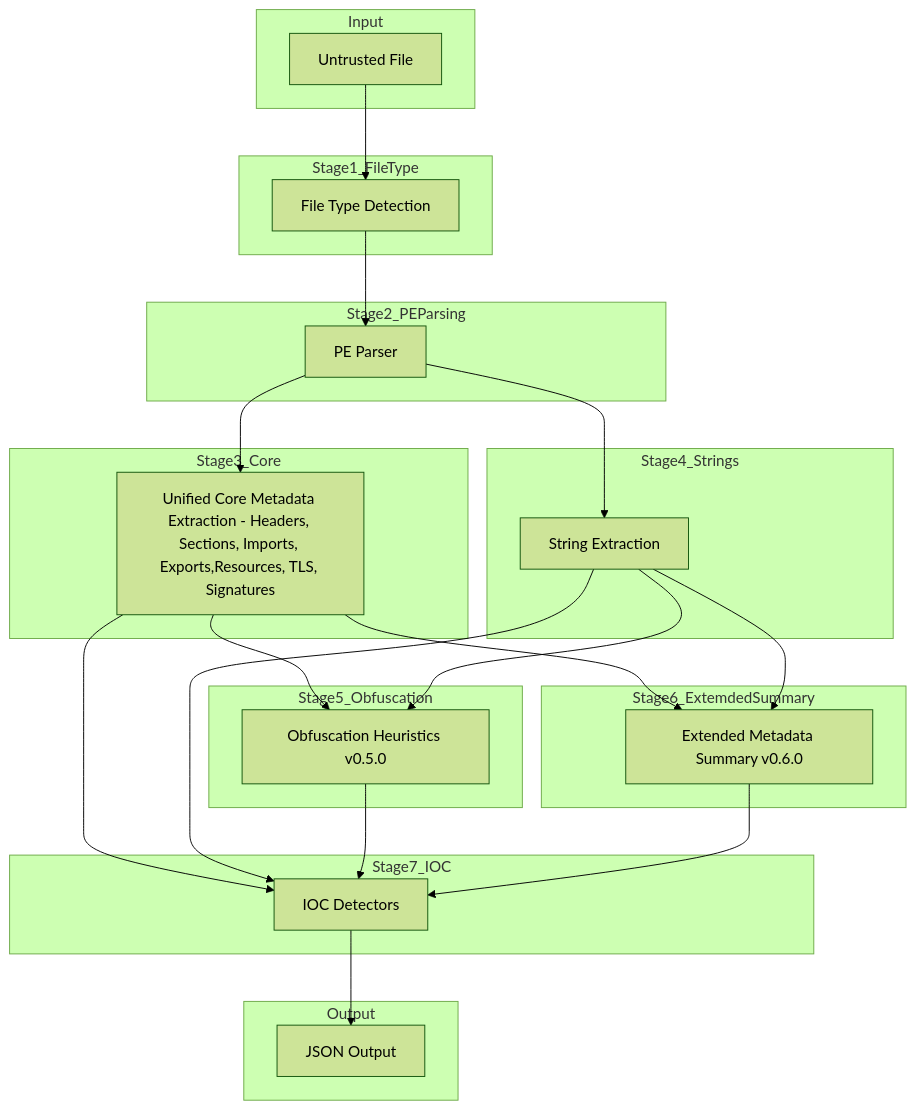
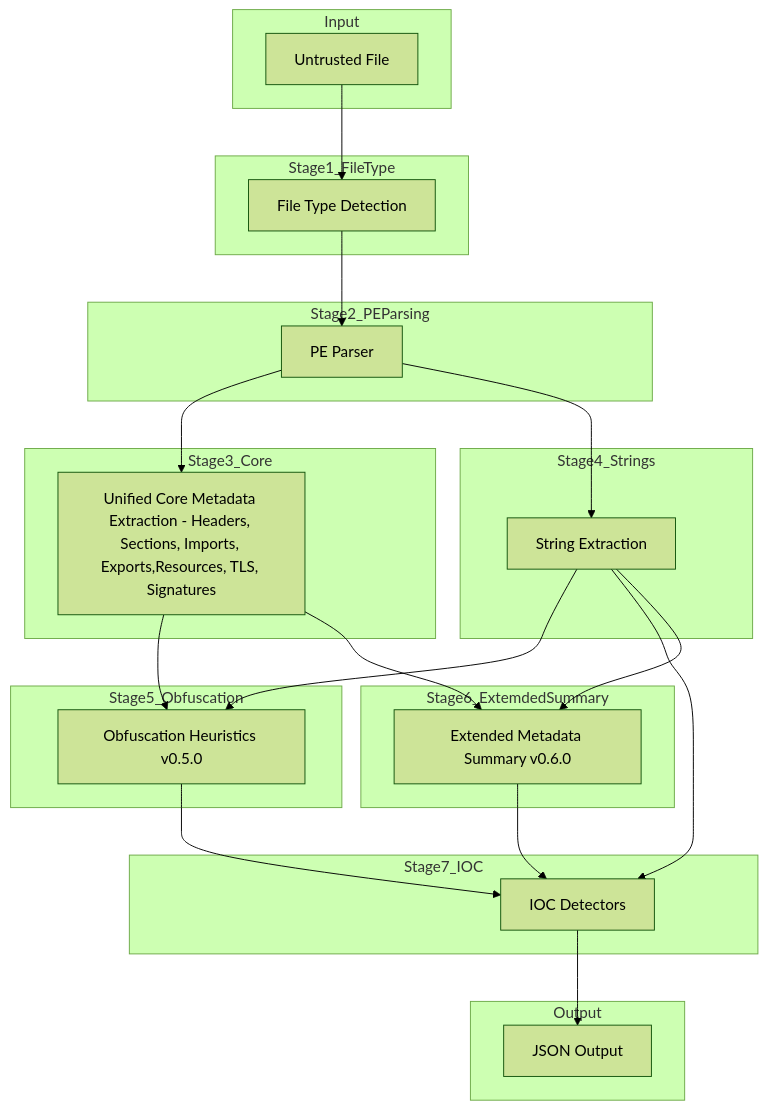
Before and after one commit to iocx-dev/iocx: the diagram in docs/pe-pipeline.md, drawn with Mermaid (forest theme).

Commit message:
Core metadata remove det

````diff
--- a/docs/pe-pipeline.md
+++ b/docs/pe-pipeline.md
@@ -33,58 +33,57 @@
 ```mermaid
 flowchart TD
 
     subgraph Input
         F[Untrusted File]
     end
 
     subgraph Stage1_FileType
         MAGIC[File Type Detection]
     end
 
     subgraph Stage2_PEParsing
         PE[PE Parser]
     end
 
     subgraph Stage3_Core
         CORE[Unified Core Metadata Extraction - Headers, Sections, Imports, Exports,Resources, TLS, Signatures]
     end
 
     subgraph Stage4_Strings
         STR[String Extraction]
     end
 
     subgraph Stage5_Obfuscation
         OBF[Obfuscation Heuristics v0.5.0]
     end
 
     subgraph Stage6_ExtemdedSummary
         META6[Extended Metadata Summary v0.6.0]
     end
 
     subgraph Stage7_IOC
         DET[IOC Detectors]
     end
 
     subgraph Output
         OUT[JSON Output]
     end
 
     F --> MAGIC
     MAGIC --> PE
 
     PE --> CORE
     PE --> STR
 
     CORE --> OBF
     STR --> OBF
 
-    CORE --> DET
     STR --> DET
     OBF --> DET
 
     CORE--> META6
     STR --> META6
     META6 --> DET
 
     DET --> OUT
 ```
````
